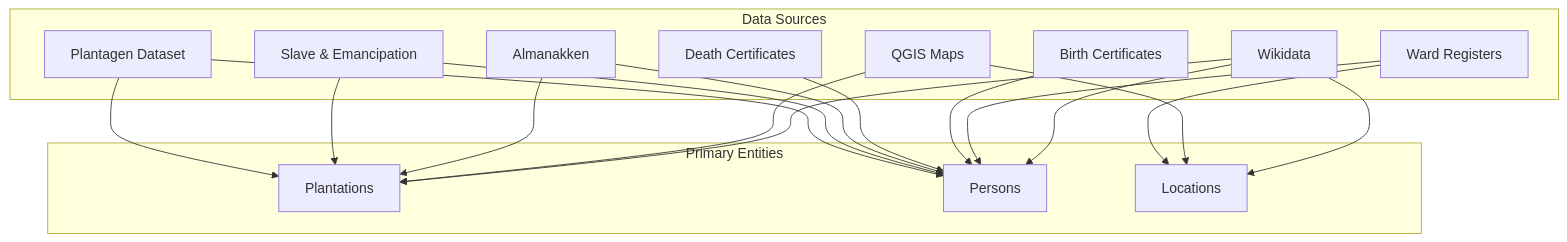
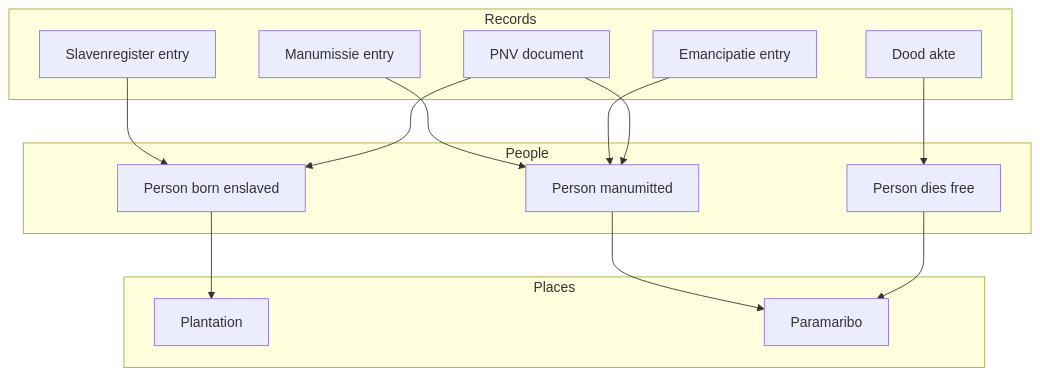
One commit to jonaschlegel/suriname-database-model changed the diagram in docs/data-sources/00-overview.md. Above: the diagram before and after it, drawn with Mermaid. The commit also changed other lines of this file and 34 other files, not shown here.

````diff
--- a/docs/data-sources/00-overview.md
+++ b/docs/data-sources/00-overview.md
@@ -39,35 +46,32 @@
 ```mermaid
-flowchart TB
-    subgraph PRIMARY["Primary Entities"]
-        PLANT[Plantations]
-        PERS[Persons]
-        LOC[Locations]
+graph TD
+    subgraph People
+        P1[Person born enslaved]
+        P2[Person manumitted]
+        P3[Person dies free]
     end
-
-    subgraph DATASETS["Data Sources"]
-        DS1[Plantagen Dataset]
-        DS2[Death Certificates]
-        DS3[Birth Certificates]
-        DS4[Ward Registers]
-        DS5[Slave & Emancipation]
-        DS6[Almanakken]
-        DS7[QGIS Maps]
-        DS8[Wikidata]
+    
+    subgraph Records
+        SR[Slavenregister entry]
+        MR[Manumissie entry]
+        ER[Emancipatie entry]
+        DA[Dood akte]
+        PNV[PNV document]
     end
-
-    DS1 --> PLANT
-    DS1 --> PERS
-    DS5 --> PLANT
-    DS5 --> PERS
-    DS6 --> PLANT
-    DS6 --> PERS
-    DS2 --> PERS
-    DS3 --> PERS
-    DS4 --> PERS
-    DS4 --> LOC
-    DS7 --> PLANT
-    DS7 --> LOC
-    DS8 --> PLANT
-    DS8 --> PERS
-    DS8 --> LOC
+    
+    subgraph Places
+        PL[Plantation]
+        CITY[Paramaribo]
+    end
+    
+    SR --> P1
+    MR --> P2
+    ER --> P2
+    DA --> P3
+    PNV --> P1
+    PNV --> P2
+    
+    P1 --> PL
+    P2 --> CITY
+    P3 --> CITY
 ```
````
